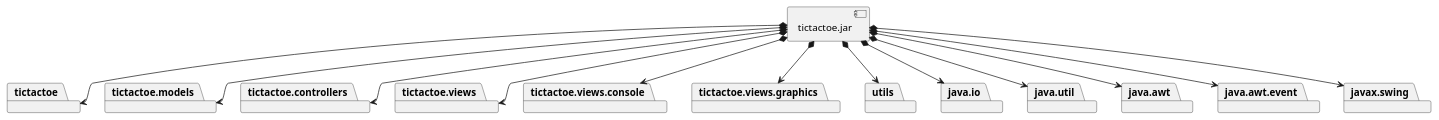
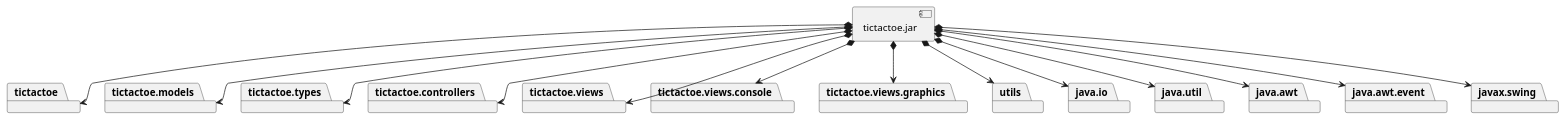
Before and after one commit to x-USantaTecla-game-ticTacToe/java: the third of 4 diagrams in docs/src/docs/asciidoc/index.adoc, drawn with PlantUML. The commit also changed 4 other files, not shown here.

```diff
--- a/docs/src/docs/asciidoc/index.adoc
+++ b/docs/src/docs/asciidoc/index.adoc
@@ -627,43 +627,46 @@
 [plantuml,diagramaImplementacion,svg]
 ....
 
 package "  "  as tictactoe {
 }
 package "  "  as tictactoe.models {
+}
+package "  "  as tictactoe.types {
 }
 package "  "  as tictactoe.controllers {
 }
 package "  "  as tictactoe.views {
 }
 package "  "  as tictactoe.views.console {
 }
 package "  "  as tictactoe.views.graphics {
 }
 package "  "  as utils {
 }
 package "  "  as java.io {
 }
 package "  "  as java.util {
 }
 package "  "  as java.awt {
 }
 package "  "  as java.awt.event {
 }
 package "  "  as javax.swing {
 }
 
 [tictactoe.jar] as jar
 
 jar *--> tictactoe
 jar *--> tictactoe.models
+jar *--> tictactoe.types
 jar *--> tictactoe.controllers
 jar *--> tictactoe.views
 jar *--> tictactoe.views.console
 jar *--> tictactoe.views.graphics
 jar *--> utils
 jar *--> java.io
 jar *--> java.util
 jar *--> java.awt
 jar *--> java.awt.event
 jar *--> javax.swing
 ....
```
